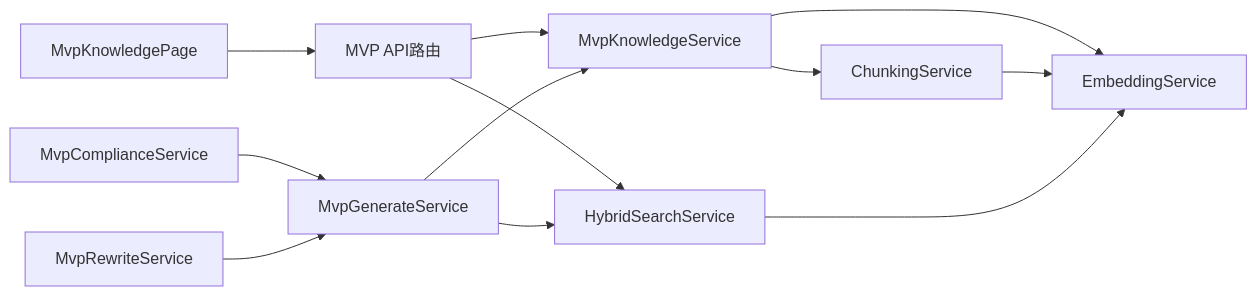
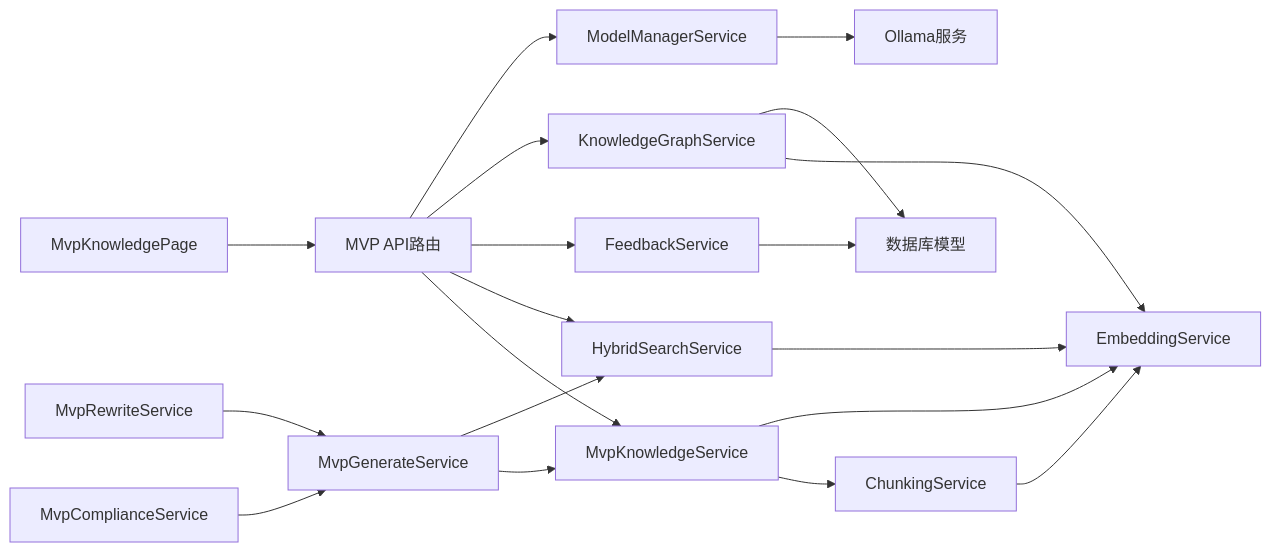
Before and after one commit to dream-ze/AI_huoke-: the ninth of 9 diagrams in .qoder/repowiki/zh/content/知识管理体系/知识管理体系.md, drawn with Mermaid. The commit also changed other lines of this file and 220 other files, not shown here.

````diff
--- a/.qoder/repowiki/zh/content/知识管理体系/知识管理体系.md
+++ b/.qoder/repowiki/zh/content/知识管理体系/知识管理体系.md
@@ -306,14 +445,21 @@
 ```mermaid
 graph LR
 KS["MvpKnowledgeService"] --> CS["ChunkingService"]
 KS --> ES["EmbeddingService"]
 CS --> ES
 HS["HybridSearchService"] --> ES
+FS["FeedbackService"] --> DB["数据库模型"]
+GS["KnowledgeGraphService"] --> ES
+GS --> DB
+MS["ModelManagerService"] --> OLLAMA["Ollama服务"]
 API["MVP API路由"] --> KS
 API --> HS
+API --> FS
+API --> GS
+API --> MS
 UI["MvpKnowledgePage"] --> API
 GEN["MvpGenerateService"] --> KS
 GEN --> HS
 COMP["MvpComplianceService"] --> GEN
 REW["MvpRewriteService"] --> GEN
 ```
````
